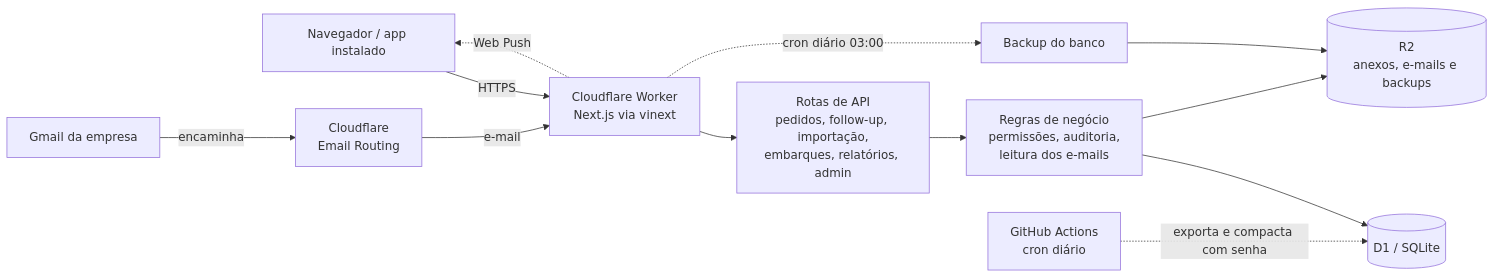
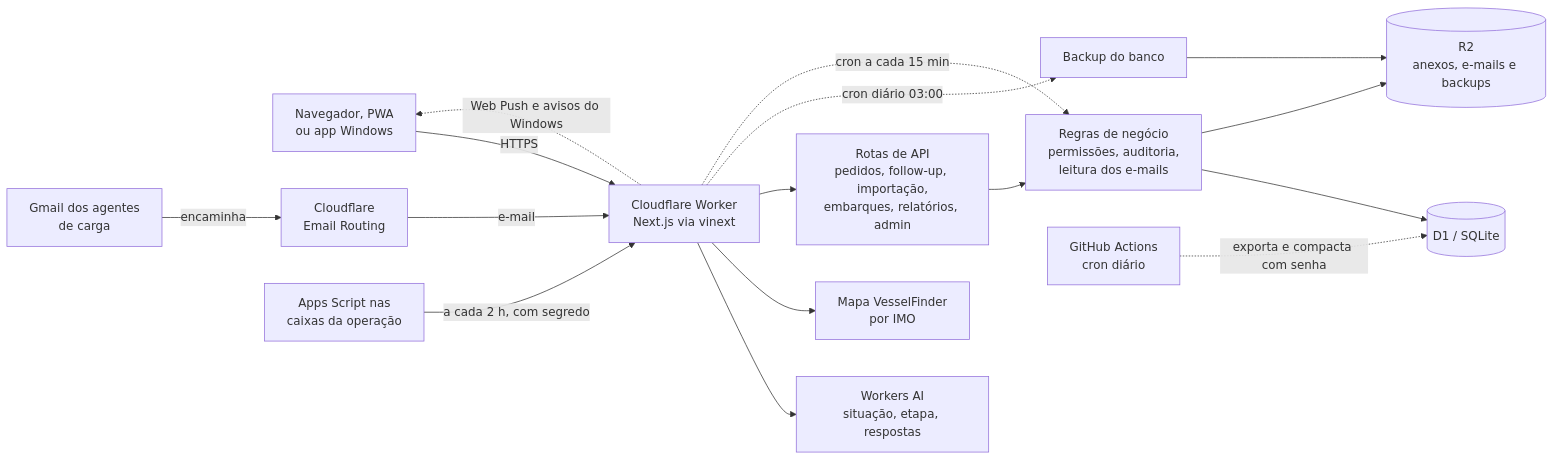
The diagram in README.md (igorkayan/livway-dashboard-case), drawn with Mermaid before and after one commit. The commit also changed other lines of this file, not shown here.

Commit message:
Atualiza o README com o estado atual do hub (v10.11)

````diff
--- a/README.md
+++ b/README.md
@@ -139,12 +168,16 @@
 ```mermaid
 flowchart LR
-  U[Navegador / app instalado] -->|HTTPS| W[Cloudflare Worker<br/>Next.js via vinext]
-  G[Gmail da empresa] -->|encaminha| ER[Cloudflare<br/>Email Routing] -->|e-mail| W
+  U[Navegador, PWA<br/>ou app Windows] -->|HTTPS| W[Cloudflare Worker<br/>Next.js via vinext]
+  G[Gmail dos agentes<br/>de carga] -->|encaminha| ER[Cloudflare<br/>Email Routing] -->|e-mail| W
+  AS[Apps Script nas<br/>caixas da operação] -->|a cada 2 h, com segredo| W
+  W --> AI[Workers AI<br/>situação, etapa, respostas]
+  W --> VF[Mapa VesselFinder<br/>por IMO]
   W --> API[Rotas de API<br/>pedidos, follow-up, importação,<br/>embarques, relatórios, admin]
   API --> L[Regras de negócio<br/>permissões, auditoria,<br/>leitura dos e-mails]
   L --> D1[(D1 / SQLite)]
   L --> R2[(R2<br/>anexos, e-mails e backups)]
   W -. cron diário 03:00 .-> B[Backup do banco] --> R2
+  W -. cron a cada 15 min .-> L
   GA[GitHub Actions<br/>cron diário] -. exporta e compacta com senha .-> D1
-  W -. Web Push .-> U
+  W -. Web Push e avisos do Windows .-> U
 ```
````
